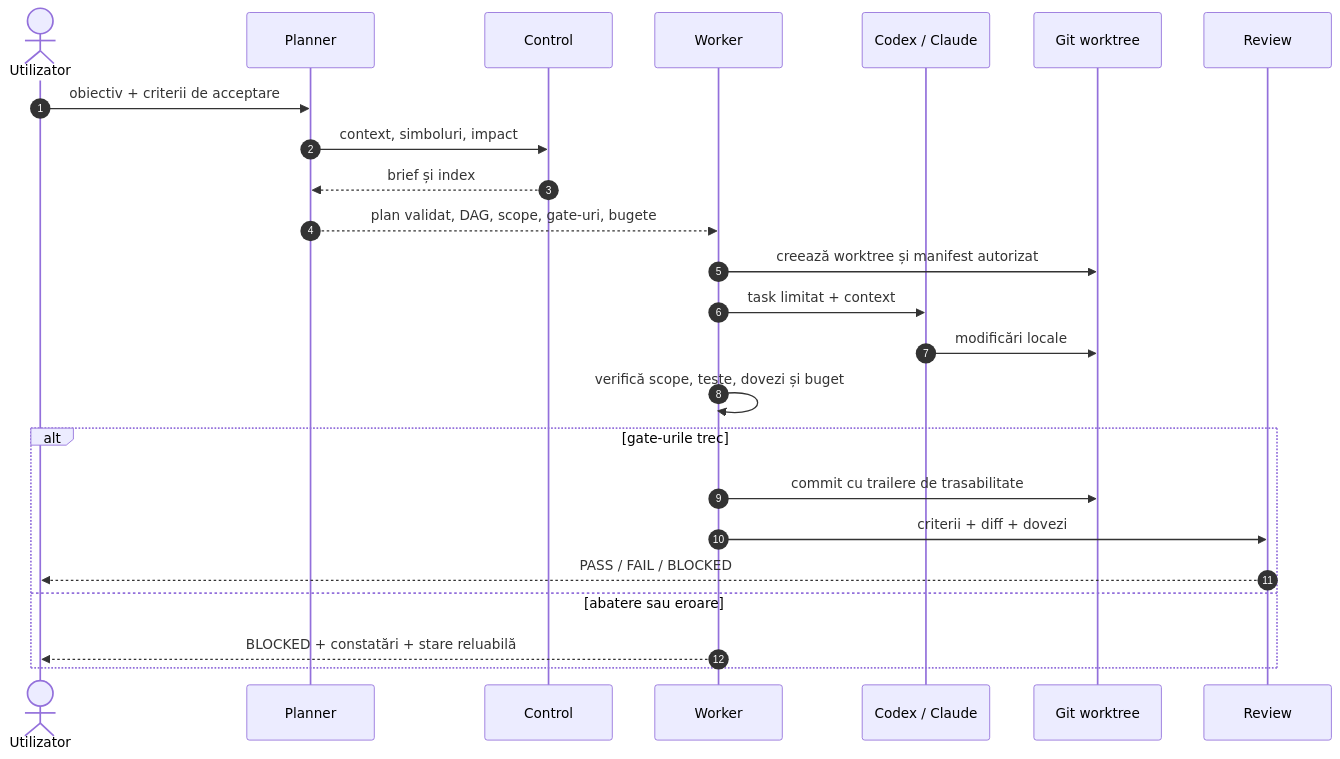
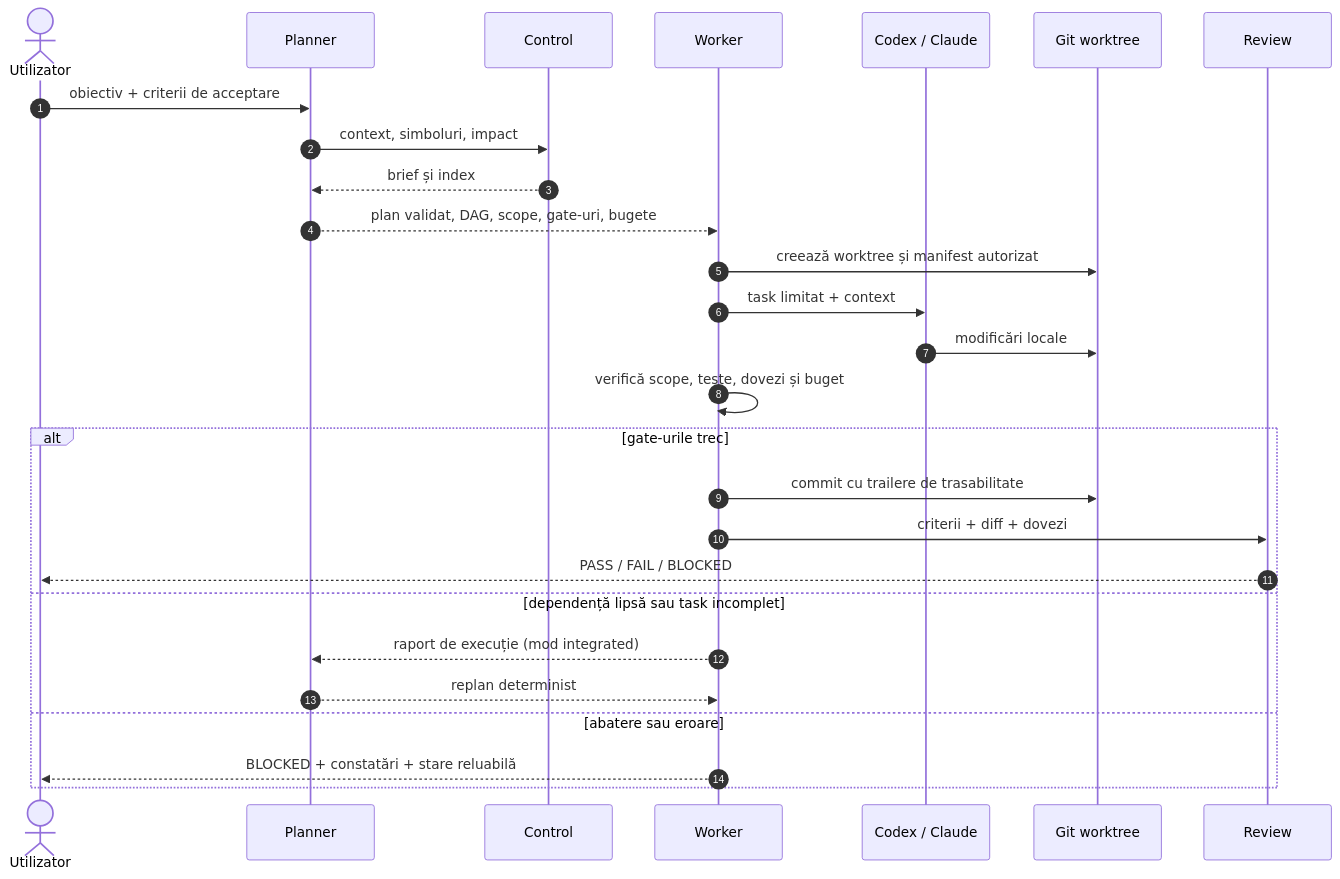
The second of 3 diagrams in README.md (Infoapex/infoapex-ai), drawn with Mermaid before and after one commit. The commit also changed other lines of this file and 15 other files, not shown here.

First line of the commit message:
Add visual identity assets and correct the architecture diagram

````diff
--- a/README.md
+++ b/README.md
@@ -73,27 +82,30 @@
 ```mermaid
 sequenceDiagram
     autonumber
     actor User as Utilizator
     participant Planner as Planner
     participant Control as Control
     participant Worker as Worker
     participant Agent as Codex / Claude
     participant Git as Git worktree
     participant Review as Review
 
     User->>Planner: obiectiv + criterii de acceptare
     Planner->>Control: context, simboluri, impact
     Control-->>Planner: brief și index
     Planner-->>Worker: plan validat, DAG, scope, gate-uri, bugete
     Worker->>Git: creează worktree și manifest autorizat
     Worker->>Agent: task limitat + context
     Agent->>Git: modificări locale
     Worker->>Worker: verifică scope, teste, dovezi și buget
     alt gate-urile trec
         Worker->>Git: commit cu trailere de trasabilitate
         Worker->>Review: criterii + diff + dovezi
         Review-->>User: PASS / FAIL / BLOCKED
+    else dependență lipsă sau task incomplet
+        Worker-->>Planner: raport de execuție (mod integrated)
+        Planner-->>Worker: replan determinist
     else abatere sau eroare
         Worker-->>User: BLOCKED + constatări + stare reluabilă
     end
 ```
````
